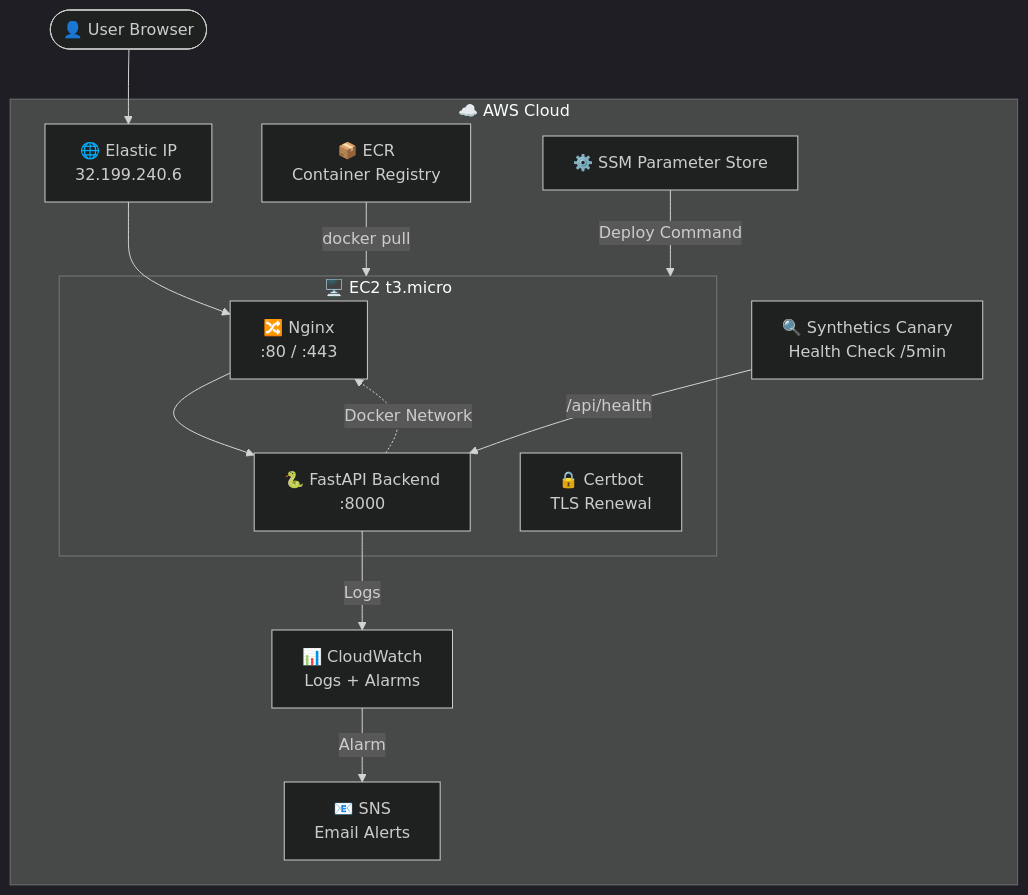
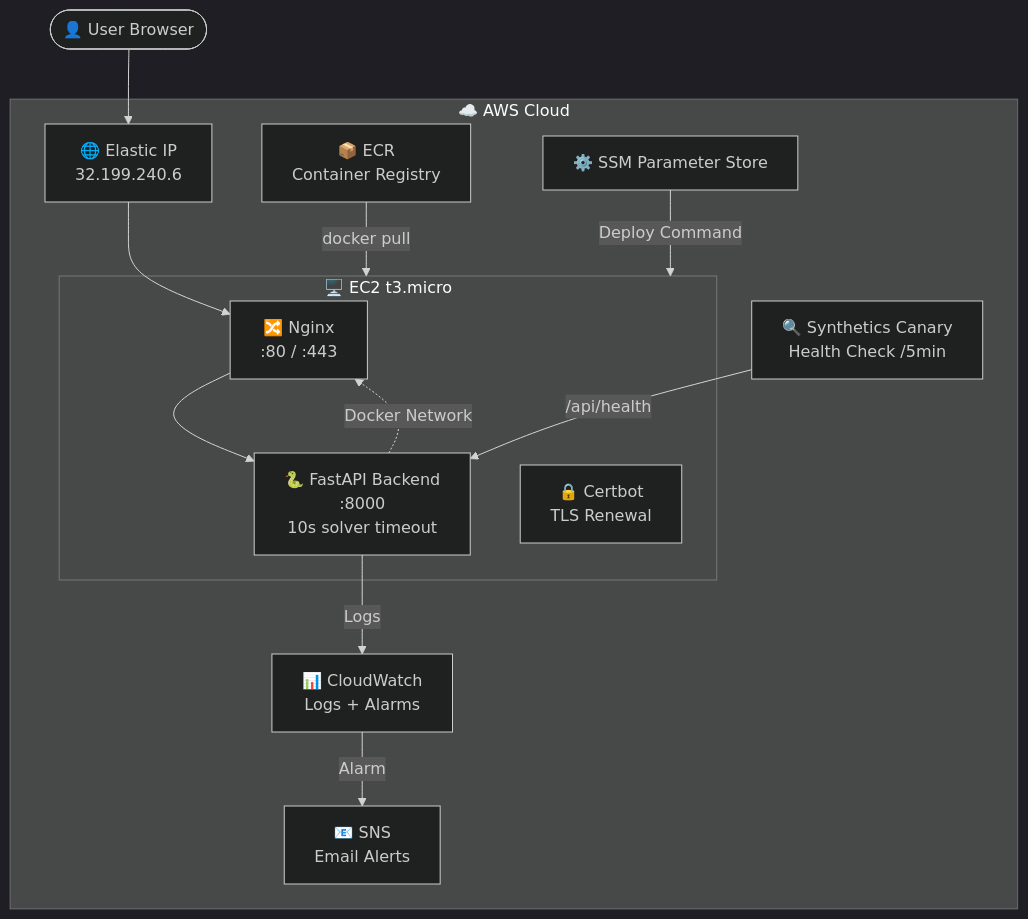
Before and after one commit to shkroyas/Pacman-Game: the diagram in README.md, drawn with Mermaid (dark theme). The commit also changed other lines of this file and 3 other files, not shown here.

````diff
--- a/README.md
+++ b/README.md
@@ -258,31 +272,31 @@
 ```mermaid
 graph TB
     User([👤 User Browser])
     
     subgraph AWS["☁️ AWS Cloud"]
         EIP["🌐 Elastic IP<br/>32.199.240.6"]
         
         subgraph EC2["🖥️ EC2 t3.micro"]
             Nginx["🔀 Nginx<br/>:80 / :443"]
-            Backend["🐍 FastAPI Backend<br/>:8000"]
+            Backend["🐍 FastAPI Backend<br/>:8000<br/>10s solver timeout"]
             Certbot["🔒 Certbot<br/>TLS Renewal"]
         end
         
         ECR["📦 ECR<br/>Container Registry"]
         SSM["⚙️ SSM Parameter Store"]
         CW["📊 CloudWatch<br/>Logs + Alarms"]
         Canary["🔍 Synthetics Canary<br/>Health Check /5min"]
         SNS["📧 SNS<br/>Email Alerts"]
     end
     
     User --> EIP
     EIP --> Nginx
     Nginx --> Backend
     Backend -.->|"Docker Network"| Nginx
     
     ECR -->|"docker pull"| EC2
     SSM -->|"Deploy Command"| EC2
     Backend -->|"Logs"| CW
     Canary -->|"/api/health"| Backend
     CW -->|"Alarm"| SNS
 ```
````
